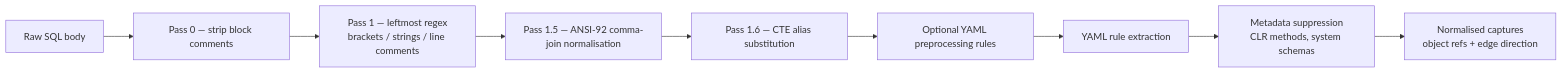
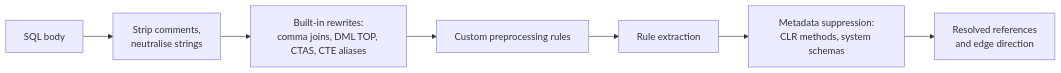
The second of 3 diagrams in docs/DEVELOPER_GUIDE.md (ChrisDevRepo/vscode_data_lineage), drawn with Mermaid before and after one commit. The commit also changed other lines of this file and 676 other files, not shown here.

First line of the commit message:
feat: column-trace contracts, architecture stabilization, and test framework separation

````diff
--- a/docs/DEVELOPER_GUIDE.md
+++ b/docs/DEVELOPER_GUIDE.md
@@ -164,11 +96,9 @@
 ```mermaid
 flowchart LR
-    IN[Raw SQL body] --> C1[Pass 0 — strip block comments]
-    C1 --> C2[Pass 1 — leftmost regex<br/>brackets / strings / line comments]
-    C2 --> C3[Pass 1.5 — ANSI-92 comma-join normalisation]
-    C3 --> C4[Pass 1.6 — CTE alias substitution]
-    C4 --> PRE[Optional YAML preprocessing rules]
-    PRE --> RE[YAML rule extraction]
-    RE --> SUP[Metadata suppression<br/>CLR methods, system schemas]
-    SUP --> CAP[Normalised captures<br/>object refs + edge direction]
+    IN[SQL body] --> C1[Strip comments,<br/>neutralise strings]
+    C1 --> C2[Built-in rewrites:<br/>comma joins, DML TOP, CTAS, CTE aliases]
+    C2 --> PRE[Custom preprocessing rules]
+    PRE --> RE[Rule extraction]
+    RE --> SUP[Metadata suppression:<br/>CLR methods, system schemas]
+    SUP --> CAP[Resolved references<br/>and edge direction]
 ```
````
